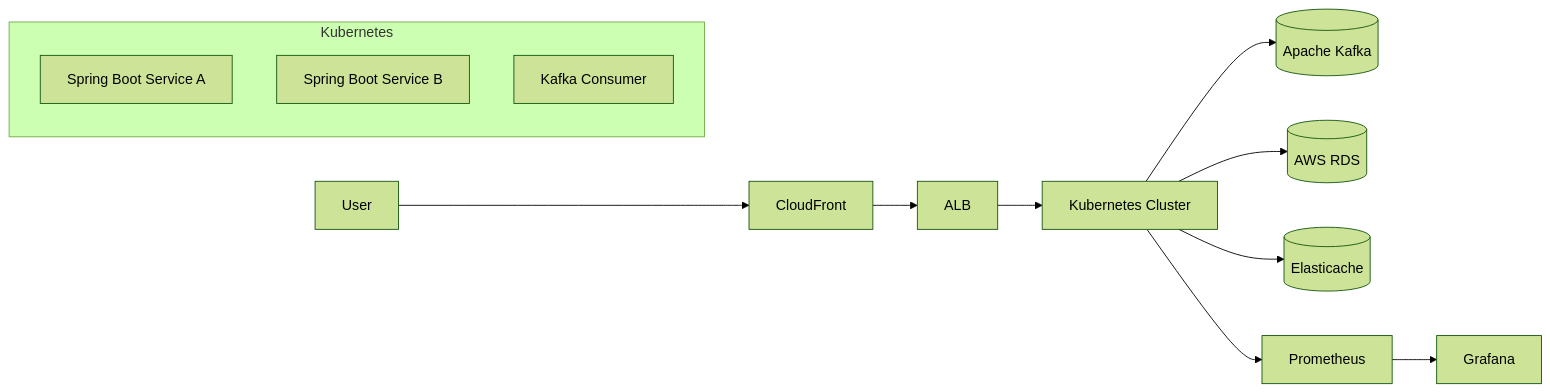
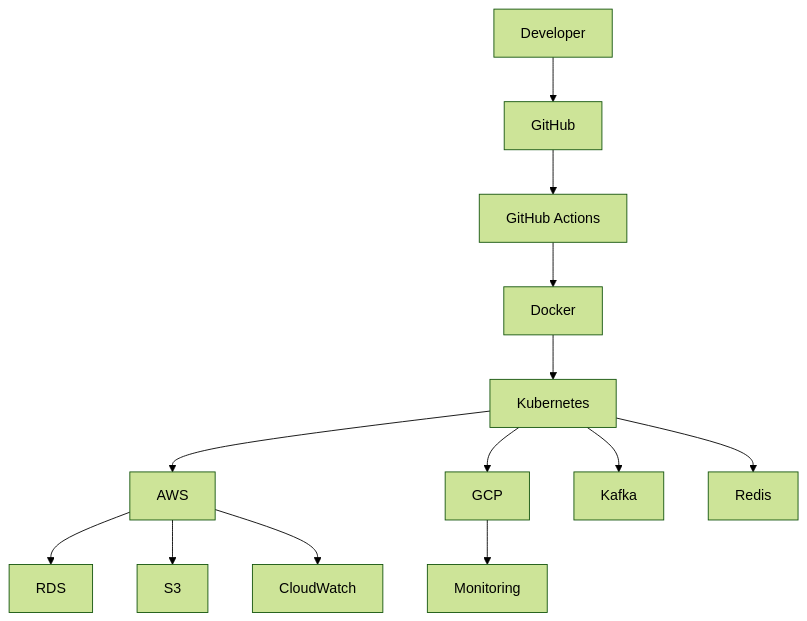
Before and after one commit to jeshwinwilliam/jeshwinwilliam: the second of 3 diagrams in README.md, drawn with Mermaid (forest theme). The commit also changed other lines of this file, not shown here.

````diff
--- a/README.md
+++ b/README.md
@@ -155,21 +318,31 @@
 ```mermaid
-flowchart LR
 
-    User --> CloudFront
-    CloudFront --> ALB
+flowchart TB
 
-    ALB --> K8S[Kubernetes Cluster]
+Developer
 
-    subgraph Kubernetes
-        ServiceA[Spring Boot Service A]
-        ServiceB[Spring Boot Service B]
-        ServiceC[Kafka Consumer]
-    end
+Developer --> GitHub
 
-    K8S --> Kafka[(Apache Kafka)]
-    K8S --> RDS[(AWS RDS)]
-    K8S --> Redis[(Elasticache)]
+GitHub --> Actions[GitHub Actions]
 
-    K8S --> Prometheus[Prometheus]
-    Prometheus --> Grafana[Grafana]
+Actions --> Docker
+
+Docker --> Kubernetes
+
+Kubernetes --> AWS
+
+Kubernetes --> GCP
+
+AWS --> RDS
+
+AWS --> S3
+
+AWS --> CloudWatch
+
+GCP --> Monitoring
+
+Kubernetes --> Kafka
+
+Kubernetes --> Redis
+
 ```
````
